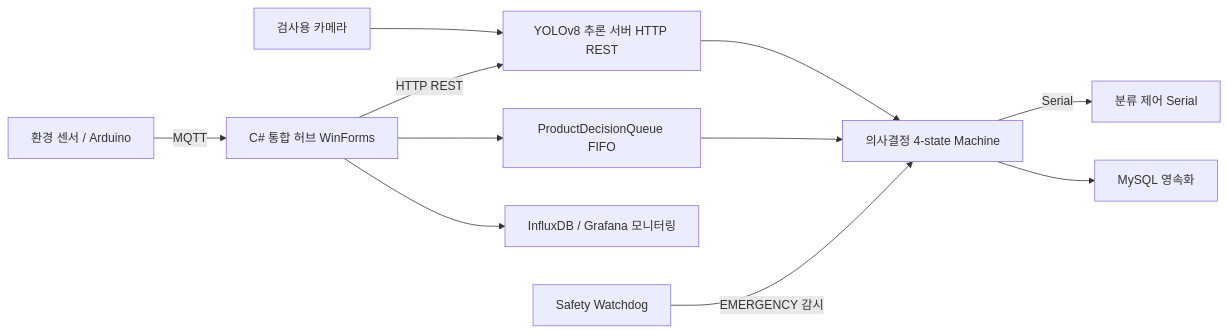
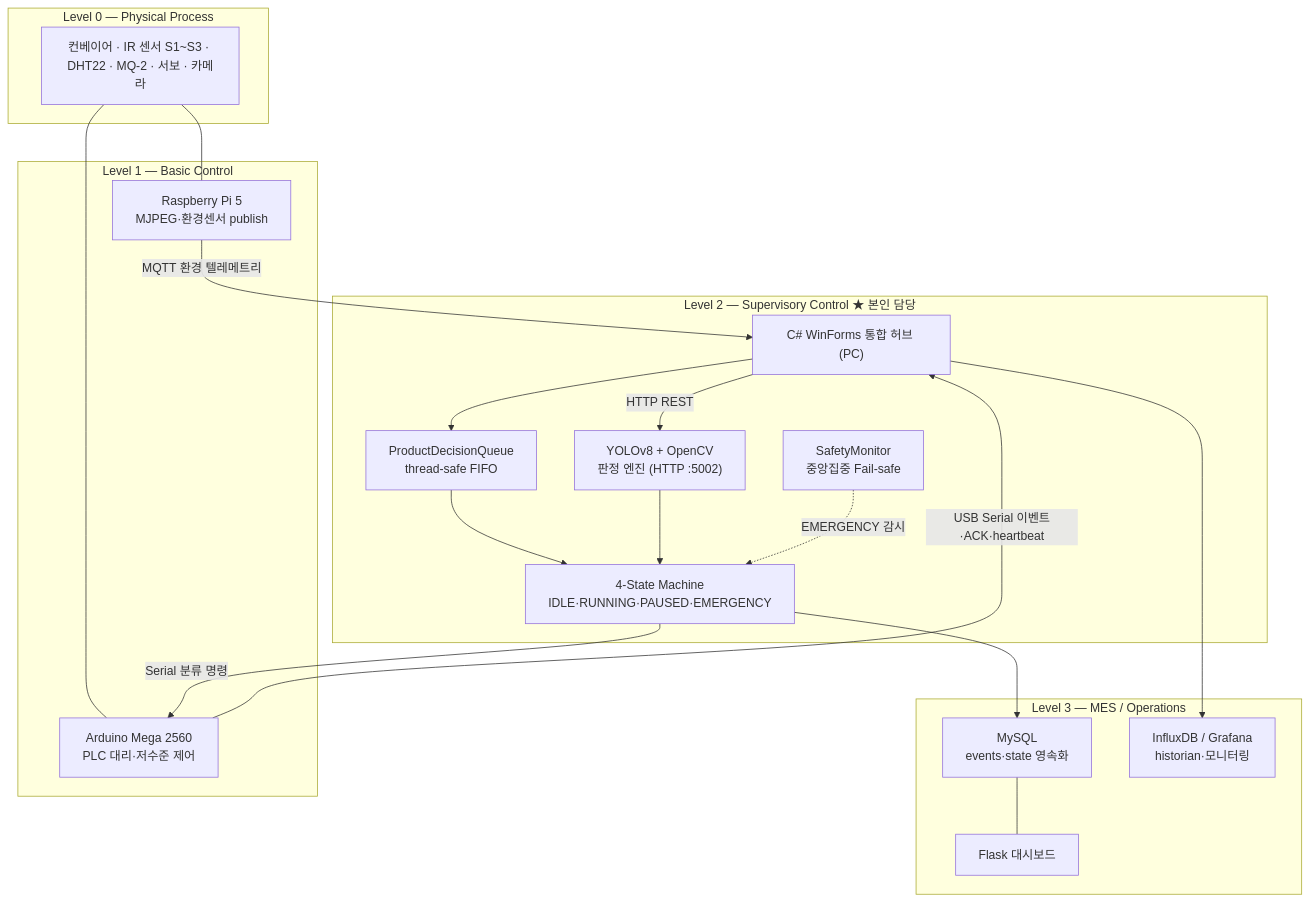
The diagram in README.md (jaeni01/manufacturing-data-hub), drawn with Mermaid before and after one commit. The commit also changed other lines of this file, not shown here.

````diff
--- a/README.md
+++ b/README.md
@@ -53,24 +58,35 @@
 ```mermaid
-flowchart LR
-  Sensor["환경 센서 / Arduino"]
-  Camera["검사용 카메라"]
-  Hub["C# 통합 허브 WinForms"]
-  YOLO["YOLOv8 추론 서버 HTTP REST"]
-  FSM["의사결정 4-state Machine"]
-  Queue["ProductDecisionQueue FIFO"]
-  Control["분류 제어 Serial"]
-  MySQL["MySQL 영속화"]
-  Influx["InfluxDB / Grafana 모니터링"]
-  Safety["Safety Watchdog"]
+flowchart TB
+  subgraph L3["Level 3 — MES / Operations"]
+    MySQL["MySQL<br/>events·state 영속화"]
+    Influx["InfluxDB / Grafana<br/>historian·모니터링"]
+    Flask["Flask 대시보드"]
+  end
+  subgraph L2["Level 2 — Supervisory Control ★ 본인 담당"]
+    Hub["C# WinForms 통합 허브 (PC)"]
+    Queue["ProductDecisionQueue<br/>thread-safe FIFO"]
+    FSM["4-State Machine<br/>IDLE·RUNNING·PAUSED·EMERGENCY"]
+    Safety["SafetyMonitor<br/>중앙집중 Fail-safe"]
+    YOLO["YOLOv8 + OpenCV<br/>판정 엔진 (HTTP :5002)"]
+  end
+  subgraph L1["Level 1 — Basic Control"]
+    RPi["Raspberry Pi 5<br/>MJPEG·환경센서 publish"]
+    Arduino["Arduino Mega 2560<br/>PLC 대리·저수준 제어"]
+  end
+  subgraph L0["Level 0 — Physical Process"]
+    Phys["컨베이어 · IR 센서 S1~S3 · DHT22 · MQ-2 · 서보 · 카메라"]
+  end
 
-  Sensor -->|MQTT| Hub
-  Camera --> YOLO
+  Phys --- Arduino
+  Phys --- RPi
+  RPi -->|MQTT 환경 텔레메트리| Hub
+  Arduino -->|USB Serial 이벤트·ACK·heartbeat| Hub
   Hub -->|HTTP REST| YOLO
+  Hub --> Queue --> FSM
   YOLO --> FSM
-  Hub --> Queue
-  Queue --> FSM
-  FSM -->|Serial| Control
+  FSM -->|Serial 분류 명령| Arduino
+  Safety -.->|EMERGENCY 감시| FSM
   FSM --> MySQL
   Hub --> Influx
-  Safety -->|EMERGENCY 감시| FSM
+  MySQL --- Flask
 ```
````
